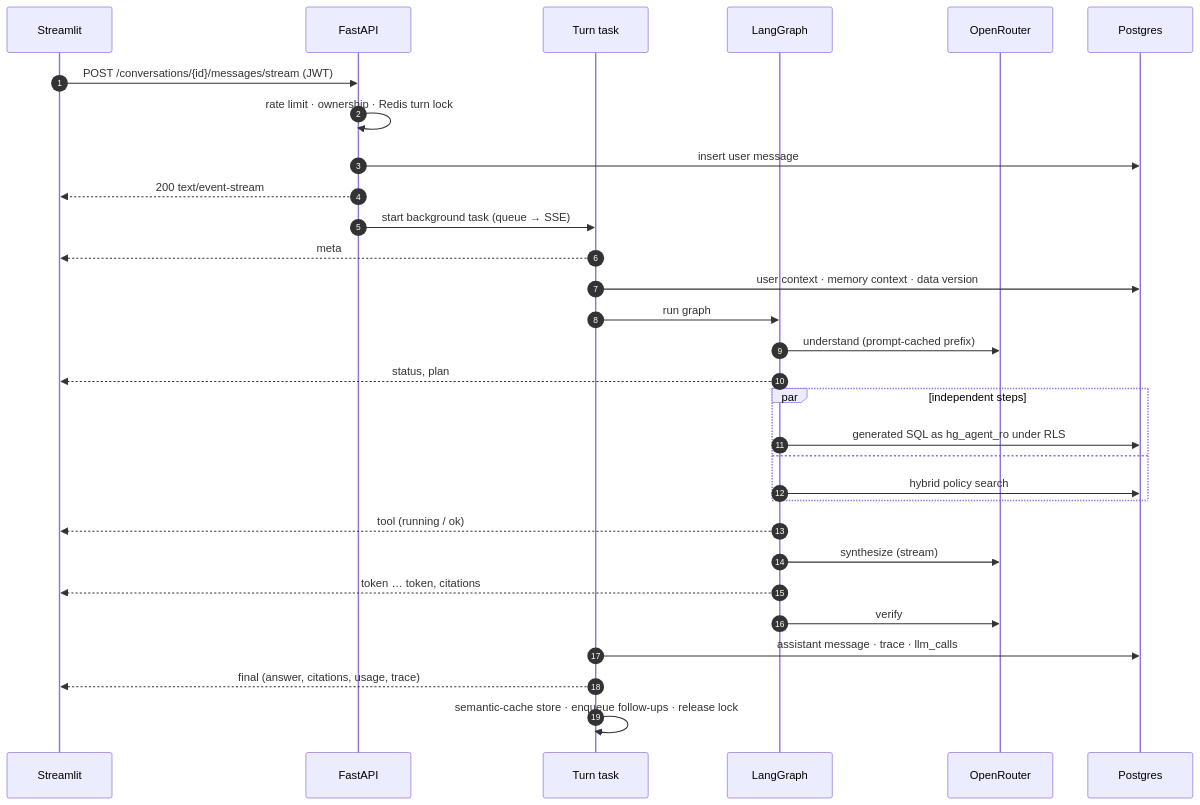
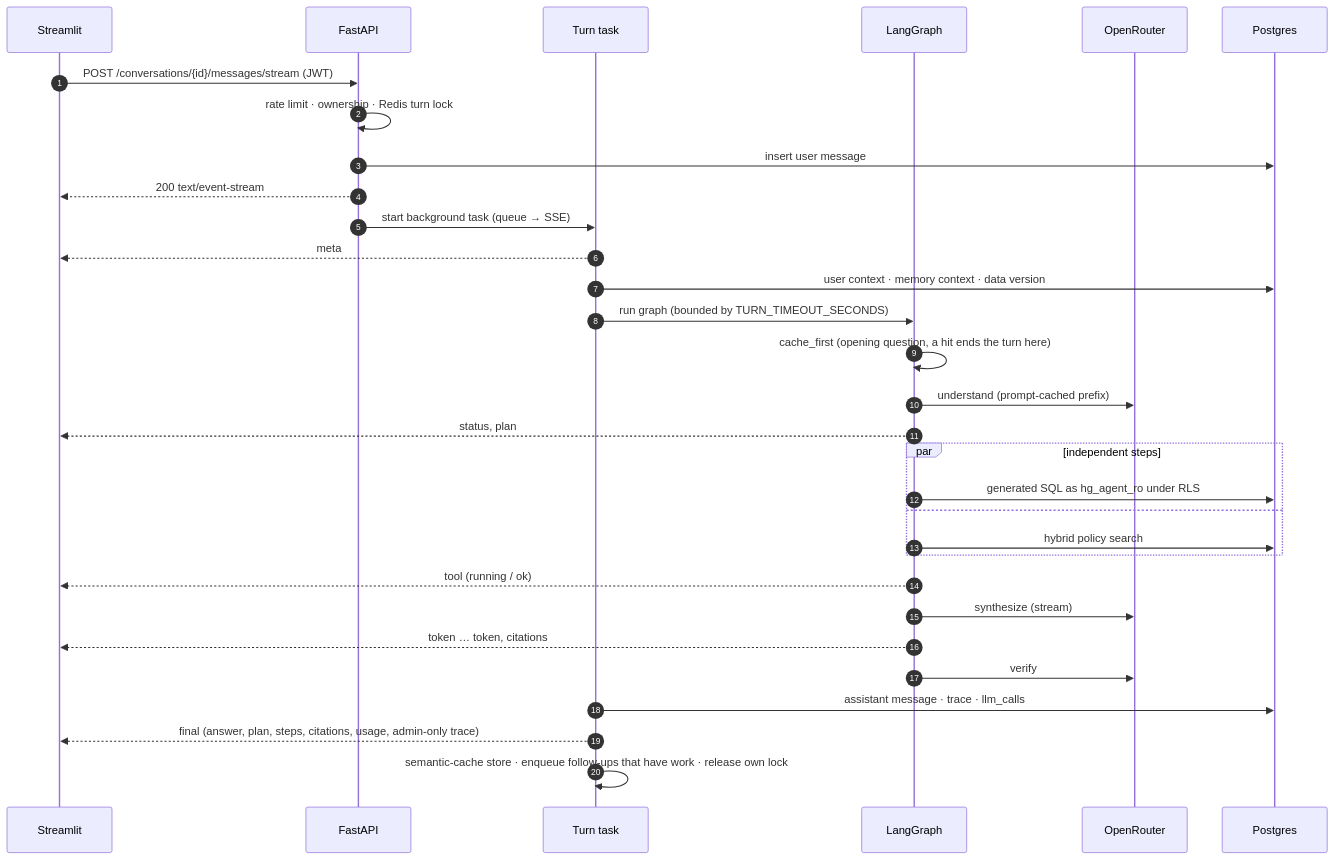
The third of 7 diagrams in docs/architecture.md (syamsruthin/healthguard-agent), drawn with Mermaid before and after one commit. The commit also changed other lines of this file and 9 other files, not shown here.

First line of the commit message:
docs: current status, cache-first flow, spend guards, review outcomes

````diff
--- a/docs/architecture.md
+++ b/docs/architecture.md
@@ -61,32 +67,33 @@
 ```mermaid
 sequenceDiagram
     autonumber
     participant UI as Streamlit
     participant API as FastAPI
     participant T as Turn task
     participant G as LangGraph
     participant OR as OpenRouter
     participant DB as Postgres
     UI->>API: POST /conversations/{id}/messages/stream (JWT)
     API->>API: rate limit · ownership · Redis turn lock
     API->>DB: insert user message
     API-->>UI: 200 text/event-stream
     API->>T: start background task (queue → SSE)
     T-->>UI: meta
     T->>DB: user context · memory context · data version
-    T->>G: run graph
+    T->>G: run graph (bounded by TURN_TIMEOUT_SECONDS)
+    G->>G: cache_first (opening question, a hit ends the turn here)
     G->>OR: understand (prompt-cached prefix)
     G-->>UI: status, plan
     par independent steps
         G->>DB: generated SQL as hg_agent_ro under RLS
     and
         G->>DB: hybrid policy search
     end
     G-->>UI: tool (running / ok)
     G->>OR: synthesize (stream)
     G-->>UI: token … token, citations
     G->>OR: verify
     T->>DB: assistant message · trace · llm_calls
-    T-->>UI: final (answer, citations, usage, trace)
-    T->>T: semantic-cache store · enqueue follow-ups · release lock
+    T-->>UI: final (answer, plan, steps, citations, usage, admin-only trace)
+    T->>T: semantic-cache store · enqueue follow-ups that have work · release own lock
 ```
````
